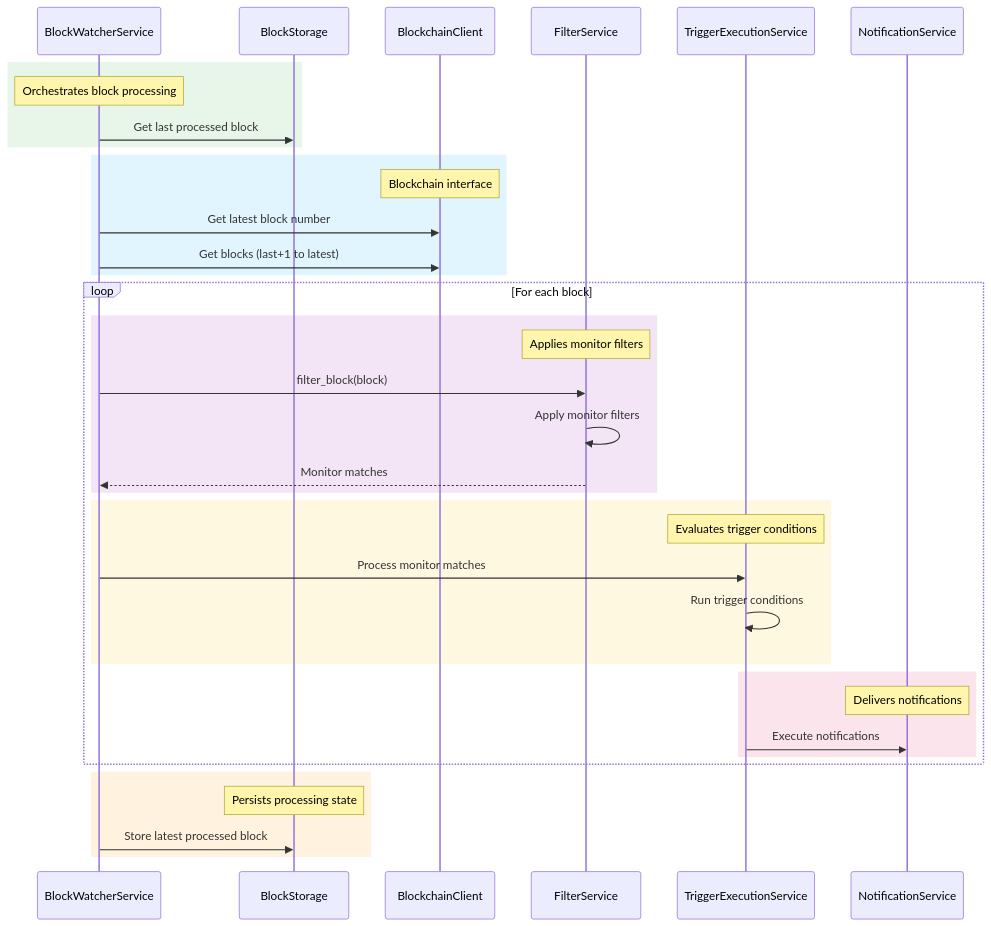
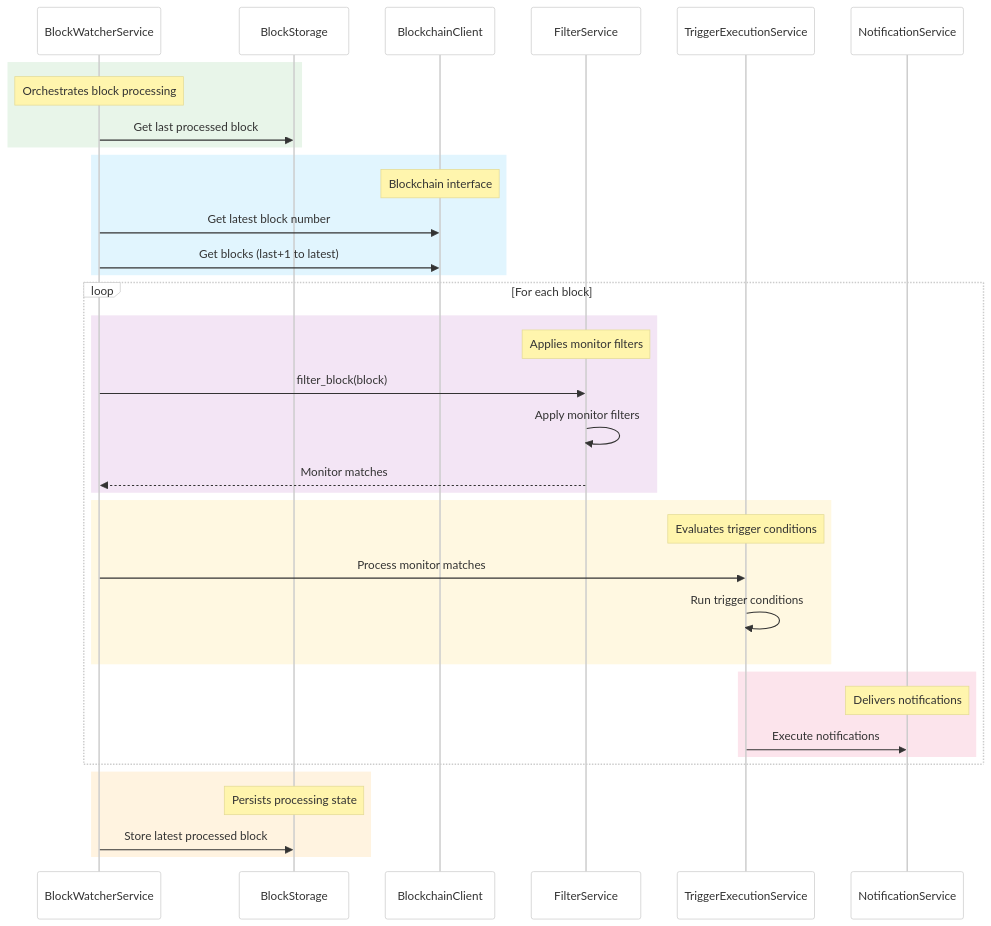
One commit to stevedylandev/ozdocs changed the third of 3 diagrams in content/monitor/architecture.mdx. Above: the diagram before and after it, drawn with Mermaid. The commit also changed other lines of this file and 102 other files, not shown here.

````diff
--- a/content/monitor/architecture.mdx
+++ b/content/monitor/architecture.mdx
@@ -197,45 +213,53 @@
 ```mermaid
+%%{init: {
+    'theme': 'base',
+    'themeVariables': {
+        'background': '#ffffff',
+        'mainBkg': '#ffffff',
+        'primaryBorderColor': '#cccccc'
+    }
+}}%%
 sequenceDiagram
     participant BWS as BlockWatcherService
     participant BS as BlockStorage
     participant BC as BlockchainClient
     participant FS as FilterService
     participant TES as TriggerExecutionService
     participant NS as NotificationService
 
     rect rgb(232, 245, 233)
         Note over BWS: Orchestrates block processing
         BWS->>BS: Get last processed block
     end
 
     rect rgb(225, 245, 254)
         Note over BC: Blockchain interface
         BWS->>BC: Get latest block number
         BWS->>BC: Get blocks (last+1 to latest)
     end
 
     loop For each block
         rect rgb(243, 229, 245)
             Note over FS: Applies monitor filters
             BWS->>FS: filter_block(block)
             FS->>FS: Apply monitor filters
             FS-->>BWS: Monitor matches
         end
 
         rect rgb(255, 248, 225)
             Note over TES: Evaluates trigger conditions
             BWS->>TES: Process monitor matches
             TES->>TES: Run trigger conditions
         end
 
         rect rgb(252, 228, 236)
             Note over NS: Delivers notifications
             TES->>NS: Execute notifications
         end
     end
 
     rect rgb(255, 243, 224)
         Note over BS: Persists processing state
         BWS->>BS: Store latest processed block
     end
 ```
````
